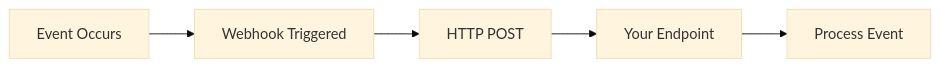
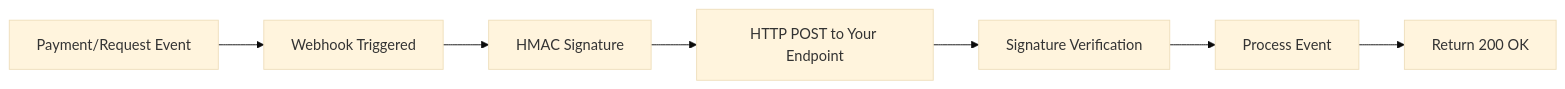
The diagram in api-features/webhooks-events.mdx (RequestNetwork/mintlify-docs), drawn with Mermaid (base theme) before and after one commit. The commit also changed other lines of this file and 1 other file, not shown here.

````diff
--- a/api-features/webhooks-events.mdx
+++ b/api-features/webhooks-events.mdx
@@ -24,7 +32,9 @@
 ```mermaid
 graph LR
-    A[Event Occurs] --> B[Webhook Triggered]
-    B --> C[HTTP POST]
-    C --> D[Your Endpoint]
-    D --> E[Process Event]
+    A[Payment/Request Event] --> B[Webhook Triggered]
+    B --> C[HMAC Signature]
+    C --> D[HTTP POST to Your Endpoint]
+    D --> E[Signature Verification]
+    E --> F[Process Event]
+    F --> G[Return 200 OK]
 ```
````
